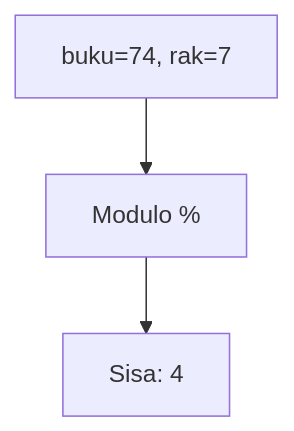
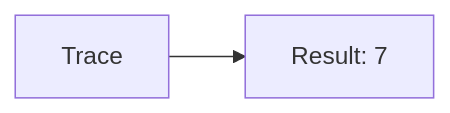
Diagram 19 of 25 in part-c-pemahaman-cpp/01-tipe-data/latihan/set-05.md (amnahwaida/OSNK_INF_PREP), drawn with Mermaid before and after one commit. The commit also changed other lines of this file and 71 other files, not shown here.

````diff
--- a/part-c-pemahaman-cpp/01-tipe-data/latihan/set-05.md
+++ b/part-c-pemahaman-cpp/01-tipe-data/latihan/set-05.md
@@ -538,5 +400,4 @@
 ```mermaid
-graph TD
-A["buku=74, rak=7"] --> B["Modulo %"]
-B --> C["Sisa: 4"]
+graph LR
+A[Trace] --> B[Result: 7]
 ```
````
